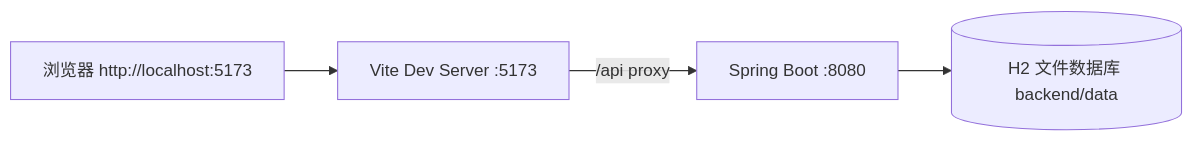
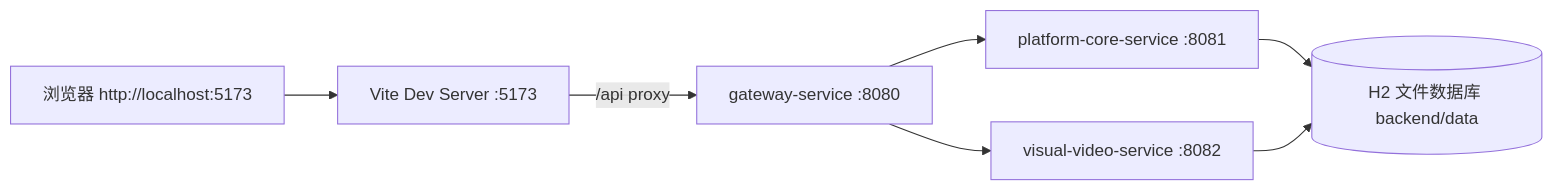
The sixth of 6 diagrams in docs/架构设计报告.md (hmhm114514/industrial-iot-platform), drawn with Mermaid before and after one commit. The commit also changed other lines of this file and 218 other files, not shown here.

````diff
--- a/docs/架构设计报告.md
+++ b/docs/架构设计报告.md
@@ -176,11 +192,16 @@
 ```mermaid
 flowchart LR
     Browser[浏览器 http://localhost:5173]
     Frontend[Vite Dev Server :5173]
-    Backend[Spring Boot :8080]
+    Gateway[gateway-service :8080]
+    Core[platform-core-service :8081]
+    Visual[visual-video-service :8082]
     H2[(H2 文件数据库 backend/data)]
 
     Browser --> Frontend
-    Frontend -->|/api proxy| Backend
-    Backend --> H2
+    Frontend -->|/api proxy| Gateway
+    Gateway --> Core
+    Gateway --> Visual
+    Core --> H2
+    Visual --> H2
 ```
````
